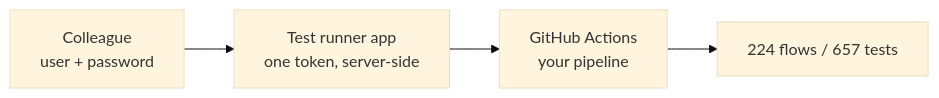
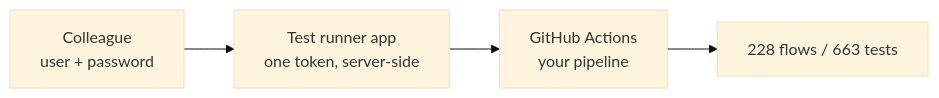
One commit to asaf-1/Agents-Playground changed the diagram in docs/features/test-runner.md. Above: the diagram before and after it, drawn with Mermaid (base theme). The commit also changed 130 other files, not shown here.

````diff
--- a/docs/features/test-runner.md
+++ b/docs/features/test-runner.md
@@ -21,6 +21,6 @@
 ```mermaid
 flowchart LR
   colleague["Colleague<br/>user + password"] --> runner["Test runner app<br/>one token, server-side"]
   runner --> gha["GitHub Actions<br/>your pipeline"]
-  gha --> tests["224 flows / 657 tests"]
+  gha --> tests["228 flows / 663 tests"]
 ```
````
